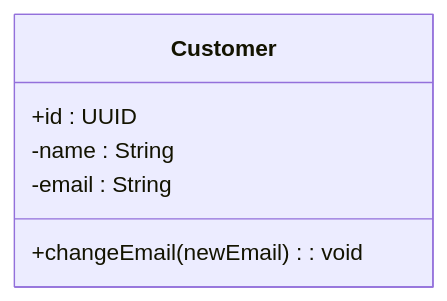
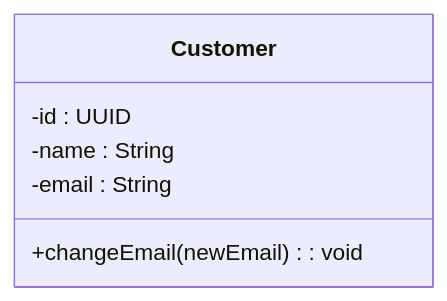
Before and after one commit to o-s-expert/ddd-workshop: the first of 8 diagrams in guides/docs/02_tactic_pattern.md, drawn with Mermaid. The commit also changed other lines of this file, not shown here.

Commit message:
refactor: change visibility of id attributes in class diagrams to private

````diff
--- a/guides/docs/02_tactic_pattern.md
+++ b/guides/docs/02_tactic_pattern.md
@@ -11,9 +11,9 @@
 ```mermaid
 classDiagram
   class Customer {
-    +id : UUID
+    -id : UUID
     -name : String
     -email : String
     +changeEmail(newEmail) : void
   }
 ```
````
